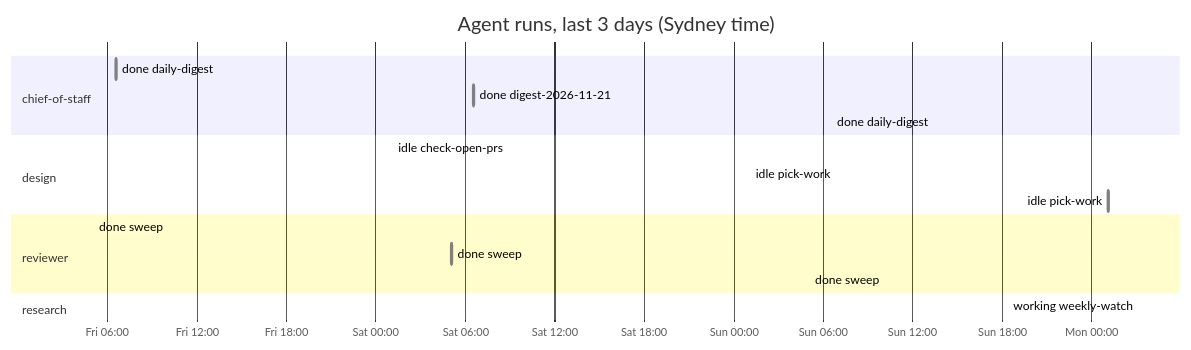
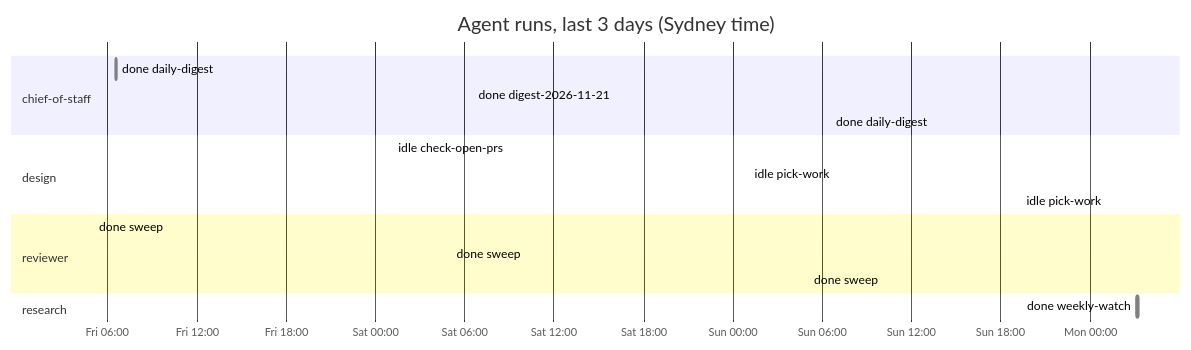
One commit to roulmediateam-byte/fifteen-expert-hq changed the diagram in dashboard.md. Above: the diagram before and after it, drawn with Mermaid. The commit also changed other lines of this file and 1 other file, not shown here.

````diff
--- a/dashboard.md
+++ b/dashboard.md
@@ -49,20 +50,20 @@
 ```mermaid
 gantt
     title Agent runs, last 3 days (Sydney time)
     dateFormat YYYY-MM-DD HH:mm
     axisFormat %a %H:%M
     section chief-of-staff
     done daily-digest :done, 2026-11-20 06:35, 2026-11-20 06:37
     done digest-2026-11-21 :done, 2026-11-21 06:34, 2026-11-21 06:36
     done daily-digest :done, 2026-11-22 06:34, 2026-11-22 06:36
     section design
     idle check-open-prs :done, 2026-11-21 01:10, 2026-11-21 01:11
     idle pick-work :done, 2026-11-22 01:08, 2026-11-22 01:08
     idle pick-work :done, 2026-11-23 01:08, 2026-11-23 01:09
     section reviewer
     done sweep :done, 2026-11-20 05:05, 2026-11-20 05:05
     done sweep :done, 2026-11-21 05:05, 2026-11-21 05:06
     done sweep :done, 2026-11-22 05:05, 2026-11-22 05:06
     section research
-    working weekly-watch :active, 2026-11-23 03:10, 2026-11-23 03:10
+    done weekly-watch :done, 2026-11-23 03:10, 2026-11-23 03:17
 ```
````
